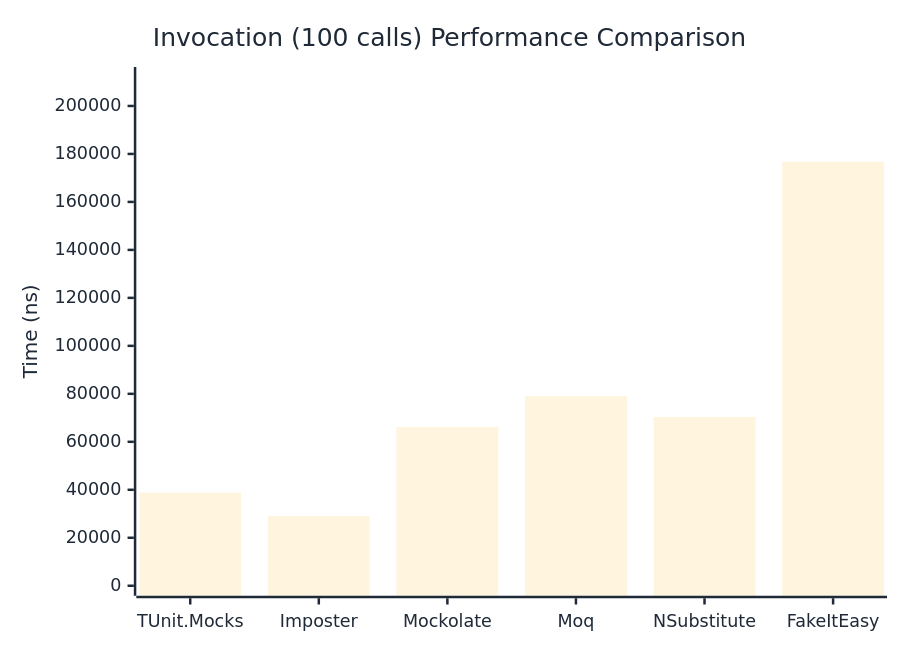
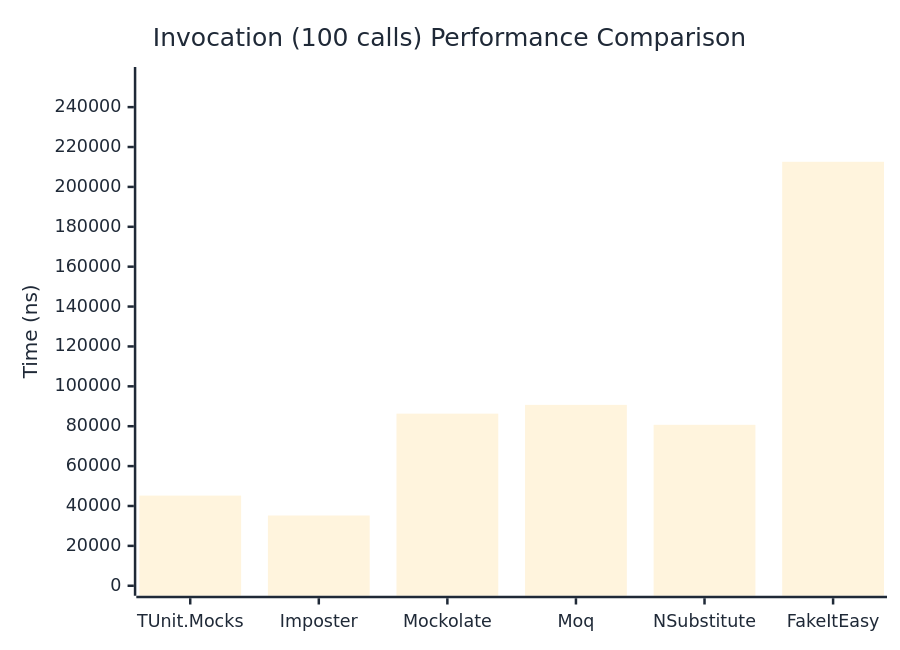
The third of 3 diagrams in docs/docs/benchmarks/mocks/Invocation.md (thomhurst/TUnit), drawn with Mermaid before and after one commit. The commit also changed other lines of this file and 14 other files, not shown here.

````diff
--- a/docs/docs/benchmarks/mocks/Invocation.md
+++ b/docs/docs/benchmarks/mocks/Invocation.md
@@ -110,27 +110,27 @@
 ```mermaid
 %%{init: {
   'theme':'base',
   'themeVariables': {
     'primaryColor': '#2563eb',
     'primaryTextColor': '#1f2937',
     'primaryBorderColor': '#1e40af',
     'lineColor': '#6b7280',
     'secondaryColor': '#7c3aed',
     'tertiaryColor': '#dc2626',
     'background': '#ffffff',
     'pie1': '#2563eb',
     'pie2': '#7c3aed',
     'pie3': '#dc2626',
     'pie4': '#f59e0b',
     'pie5': '#10b981',
     'pie6': '#06b6d4',
     'pie7': '#ec4899',
     'pie8': '#6366f1'
   }
 }}%%
 xychart-beta
   title "Invocation (100 calls) Performance Comparison"
   x-axis ["TUnit.Mocks", "Imposter", "Mockolate", "Moq", "NSubstitute", "FakeItEasy"]
-  y-axis "Time (ns)" 0 --> 212070
-  bar [38803, 29063.9, 66162.8, 79001.8, 70405.9, 176724.9]
+  y-axis "Time (ns)" 0 --> 255113
+  bar [45205.9, 35226, 86306, 90700.6, 80693.8, 212593.6]
 ```
````
